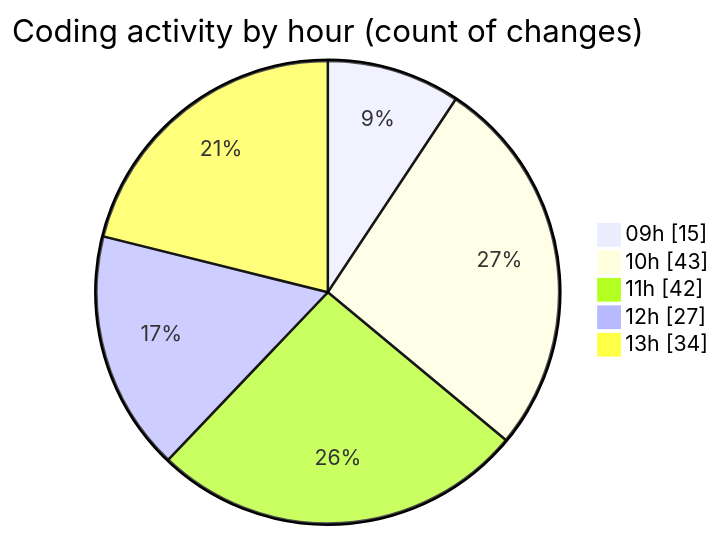
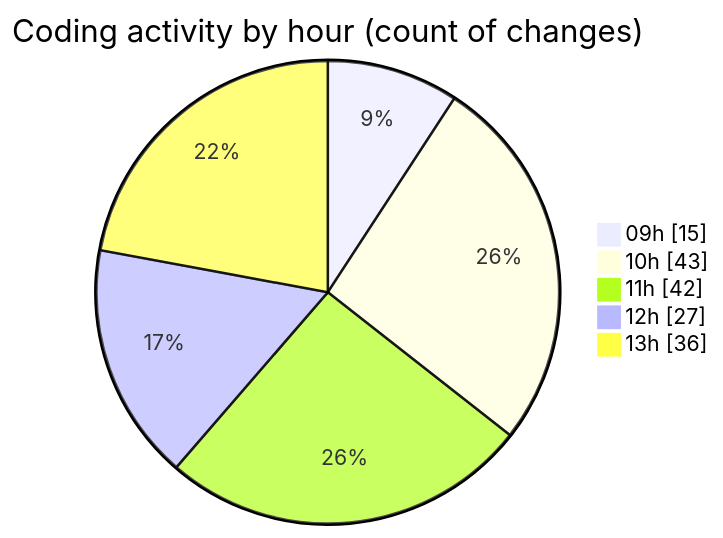
Before and after one commit to momahboobian/code-tracking: the second of 2 diagrams in 2025-09-30/cda/README.md, drawn with Mermaid. The commit also changed other lines of this file and 1 other file, not shown here.

````diff
--- a/2025-09-30/cda/README.md
+++ b/2025-09-30/cda/README.md
@@ -32,9 +32,9 @@
 ```mermaid
 pie showData
 title Coding activity by hour (count of changes)
 "09h" : 15
 "10h" : 43
 "11h" : 42
 "12h" : 27
-"13h" : 34
+"13h" : 36
 ```
````
